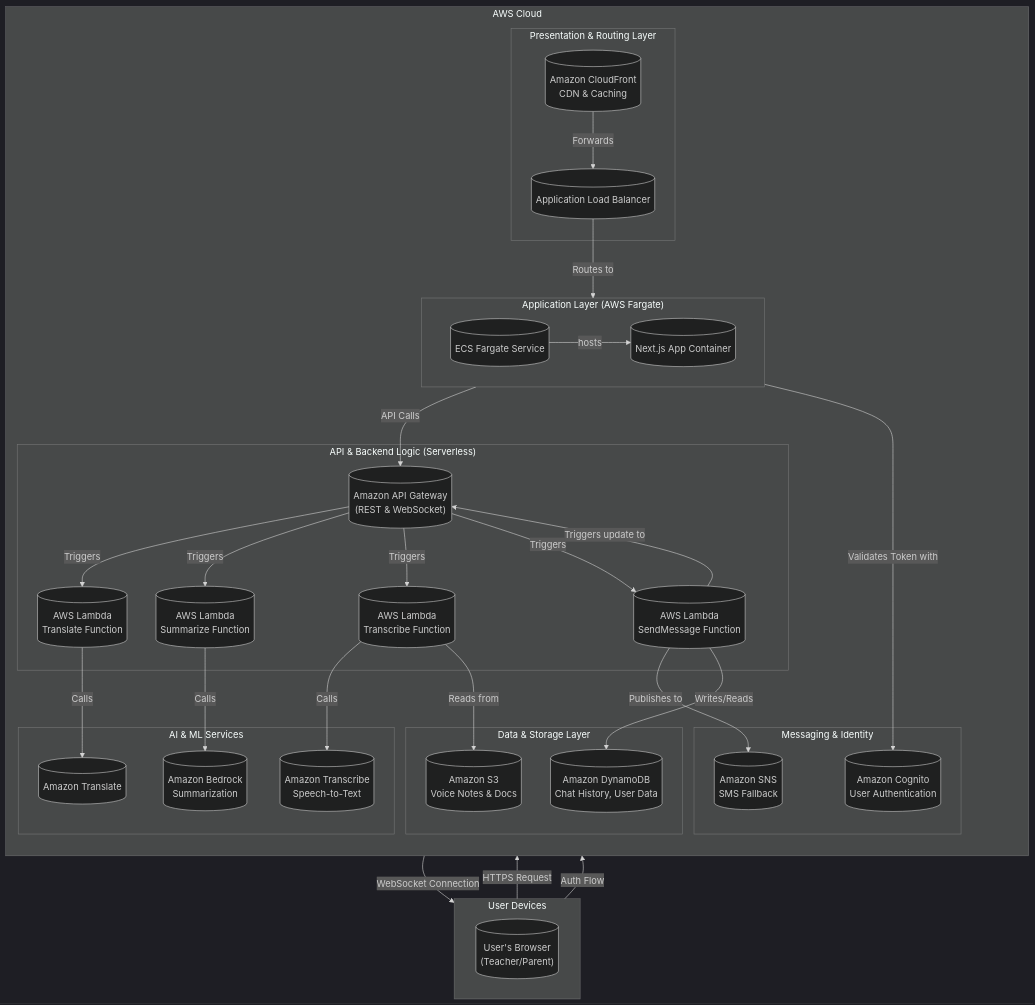
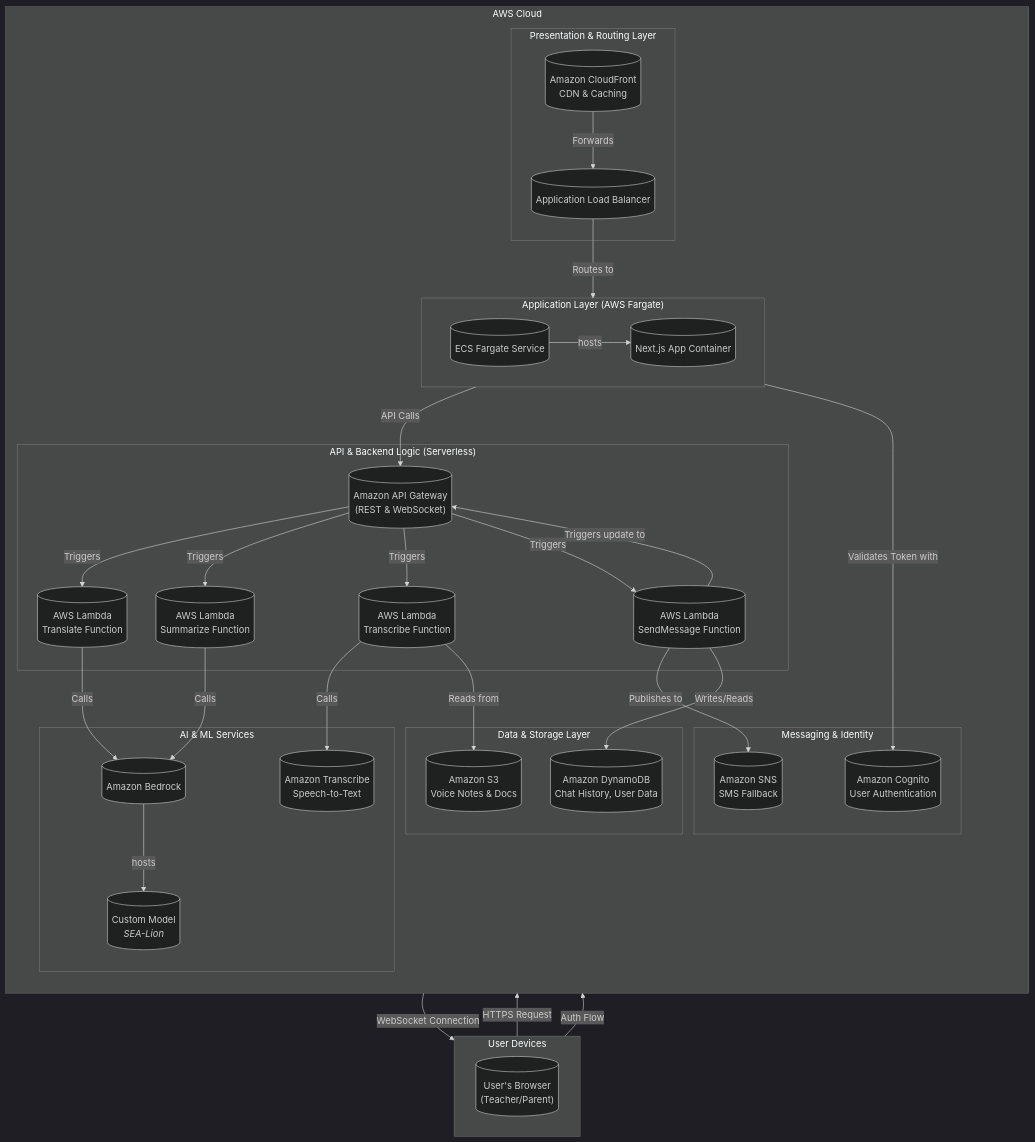
One commit to EduBuilders-SEA/SEA-Bridge changed the diagram in workspace/architecture.md. Above: the diagram before and after it, drawn with Mermaid (dark theme). The commit also changed other lines of this file, not shown here.

Commit message:
Also for context we are gonna import a custom model to bedrock (SEA-Lion

````diff
--- a/workspace/architecture.md
+++ b/workspace/architecture.md
@@ -5,81 +5,82 @@
 ```mermaid
 graph TD
     subgraph "User Devices"
         direction LR
         User_Browser[("User's Browser<br>(Teacher/Parent)")]
     end
 
     subgraph "AWS Cloud"
         direction TB
 
         subgraph "Presentation & Routing Layer"
             ALB[("Application Load Balancer")]
             CloudFront[("Amazon CloudFront<br>CDN & Caching")]
         end
 
         subgraph "Application Layer (AWS Fargate)"
             direction LR
             Fargate_Service[("ECS Fargate Service")]
             NextJS_Container[("Next.js App Container")]
             Fargate_Service -- hosts --> NextJS_Container
         end
 
         subgraph "API & Backend Logic (Serverless)"
             APIGW[("Amazon API Gateway<br>(REST & WebSocket)")]
             Lambda_Translate[("AWS Lambda<br>Translate Function")]
             Lambda_Summarize[("AWS Lambda<br>Summarize Function")]
             Lambda_Transcribe[("AWS Lambda<br>Transcribe Function")]
             Lambda_SendMessage[("AWS Lambda<br>SendMessage Function")]
         end
 
         subgraph "AI & ML Services"
-            Bedrock[("Amazon Bedrock<br>Summarization")]
-            Translate[("Amazon Translate")]
+            Bedrock[("Amazon Bedrock")]
+            SEALion_Model[("Custom Model<br><i>SEA-Lion</i>")]
             Transcribe[("Amazon Transcribe<br>Speech-to-Text")]
+            Bedrock -- hosts --> SEALion_Model
         end
 
         subgraph "Data & Storage Layer"
             S3[("Amazon S3<br>Voice Notes & Docs")]
             DynamoDB[("Amazon DynamoDB<br>Chat History, User Data")]
         end
 
         subgraph "Messaging & Identity"
             SNS[("Amazon SNS<br>SMS Fallback")]
             Cognito[("Amazon Cognito<br>User Authentication")]
         end
     end
 
     %% --- Data Flows ---
 
     %% User to App
     User_Browser -- HTTPS Request --> CloudFront
     CloudFront -- Forwards --> ALB
     ALB -- Routes to --> Fargate_Service
 
     %% App to Backend API
     NextJS_Container -- API Calls --> APIGW
 
     %% API Gateway to Lambdas
     APIGW -- Triggers --> Lambda_Translate
     APIGW -- Triggers --> Lambda_Summarize
     APIGW -- Triggers --> Lambda_Transcribe
     APIGW -- Triggers --> Lambda_SendMessage
 
     %% Lambdas to AI Services
-    Lambda_Translate -- Calls --> Translate
+    Lambda_Translate -- Calls --> Bedrock
     Lambda_Summarize -- Calls --> Bedrock
     Lambda_Transcribe -- Calls --> Transcribe
     Lambda_SendMessage -- Publishes to --> SNS
 
     %% Lambdas to Data Stores
     Lambda_SendMessage -- Writes/Reads --> DynamoDB
     Lambda_Transcribe -- Reads from --> S3
 
     %% Real-time Chat Flow
     APIGW -- WebSocket Connection --> User_Browser
     Lambda_SendMessage -- Triggers update to --> APIGW
 
     %% Authentication
     User_Browser -- Auth Flow --> Cognito
     NextJS_Container -- Validates Token with --> Cognito
 ```
````
